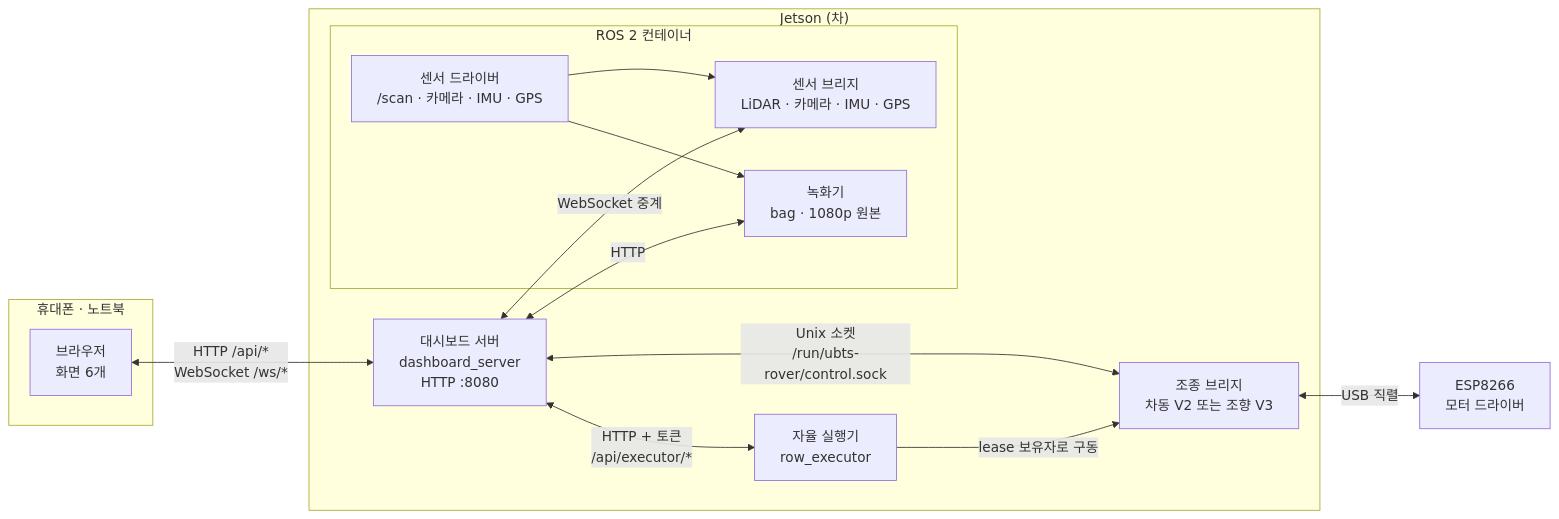
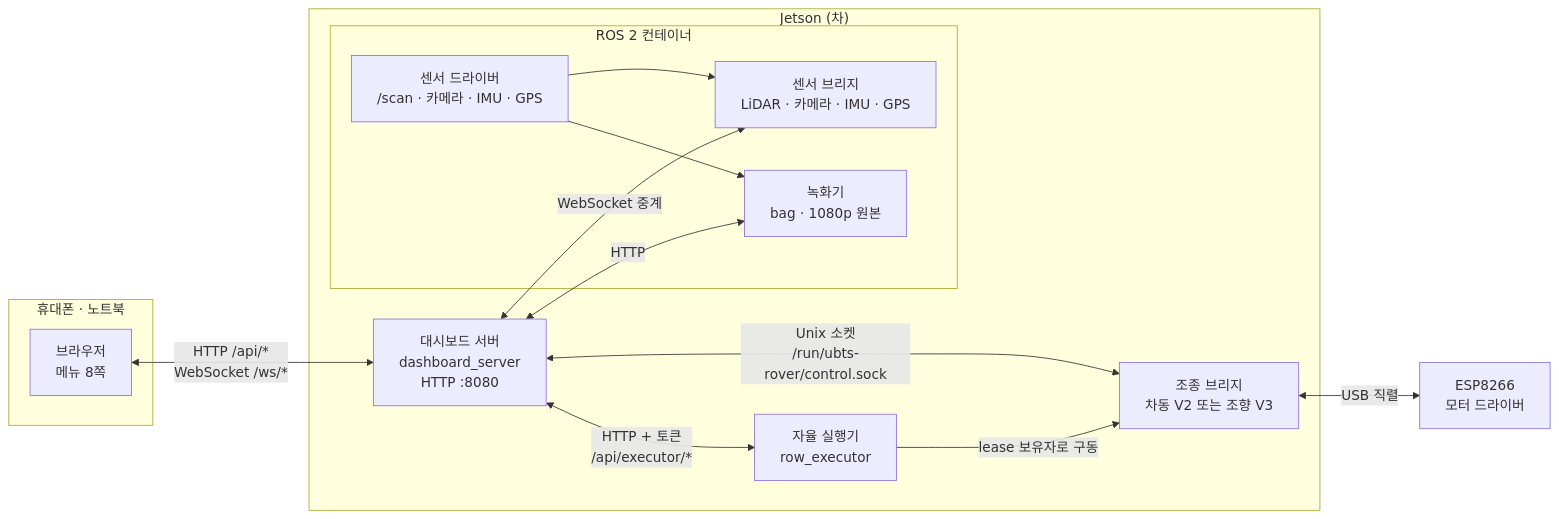
One commit to 2026-BTS-UNI-Car/unist_orachard_dashboard changed the diagram in README.md. Above: the diagram before and after it, drawn with Mermaid. The commit also changed other lines of this file and 12 other files, not shown here.

````diff
--- a/README.md
+++ b/README.md
@@ -88,26 +94,26 @@
 ```mermaid
 flowchart LR
   subgraph PHONE["휴대폰 · 노트북"]
-    B["브라우저<br/>화면 6개"]
+    B["브라우저<br/>메뉴 8쪽"]
   end
   subgraph JET["Jetson (차)"]
     D["대시보드 서버<br/>dashboard_server<br/>HTTP :8080"]
     subgraph ROS["ROS 2 컨테이너"]
       DRV["센서 드라이버<br/>/scan · 카메라 · IMU · GPS"]
       SB["센서 브리지<br/>LiDAR · 카메라 · IMU · GPS"]
       REC["녹화기<br/>bag · 1080p 원본"]
     end
     MB["조종 브리지<br/>차동 V2 또는 조향 V3"]
     EX["자율 실행기<br/>row_executor"]
   end
   ESP["ESP8266<br/>모터 드라이버"]
   B <-->|"HTTP /api/*<br/>WebSocket /ws/*"| D
   D <-->|"WebSocket 중계"| SB
   DRV --> SB
   DRV --> REC
   D <-->|"HTTP"| REC
   D <-->|"Unix 소켓<br/>/run/ubts-rover/control.sock"| MB
   D <-->|"HTTP + 토큰<br/>/api/executor/*"| EX
   EX -->|"lease 보유자로 구동"| MB
   MB <-->|"USB 직렬"| ESP
 ```
````
